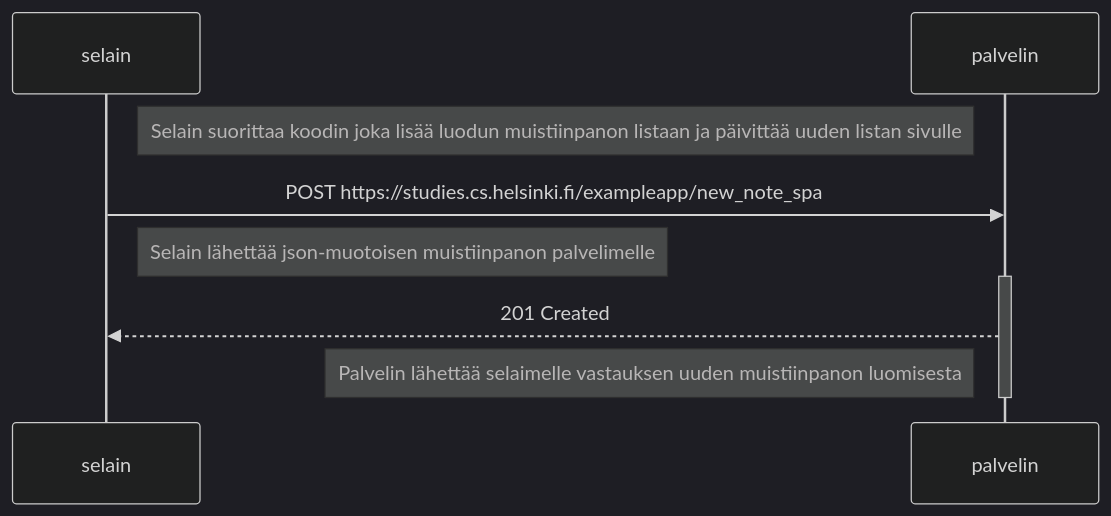
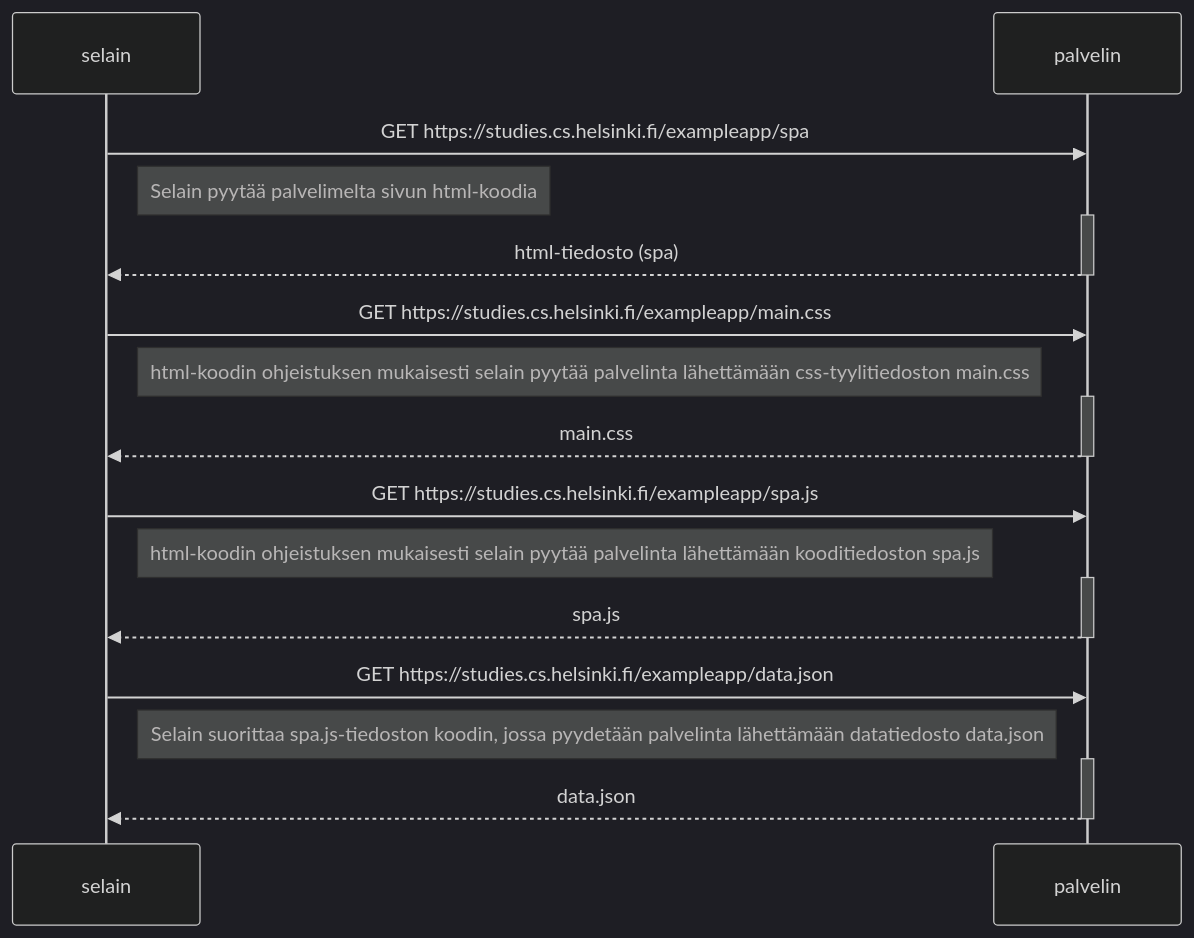
The diagram in Osa_0/0_5.md (MikkoLipsanen/FullStackOpen), drawn with Mermaid (dark theme) before and after one commit.

Commit message:
Update 0_5.md
Vastaus tehtävään 0.5

````diff
--- a/Osa_0/0_5.md
+++ b/Osa_0/0_5.md
@@ -1,17 +1,29 @@
 ```mermaid
 sequenceDiagram
     participant selain
     participant palvelin
-
-    Note right of selain: Selain suorittaa koodin joka lisää luodun muistiinpanon listaan ja päivittää uuden listan sivulle
-
-    selain->>palvelin: POST https://studies.cs.helsinki.fi/exampleapp/new_note_spa
-    Note right of selain: Selain lähettää json-muotoisen muistiinpanon palvelimelle
+    
+    selain->>palvelin: GET https://studies.cs.helsinki.fi/exampleapp/spa
+    Note right of selain: Selain pyytää palvelimelta sivun html-koodia
     activate palvelin
-    palvelin-->>selain: 201 Created
-    Note left of palvelin: Palvelin lähettää selaimelle vastauksen uuden muistiinpanon luomisesta
+    palvelin-->>selain: html-tiedosto (spa)
+    deactivate palvelin
+    
+    selain->>palvelin: GET https://studies.cs.helsinki.fi/exampleapp/main.css
+    Note right of selain: html-koodin ohjeistuksen mukaisesti selain pyytää palvelinta lähettämään css-tyylitiedoston main.css
+    activate palvelin
+    palvelin-->>selain: main.css
+    deactivate palvelin
+    
+    selain->>palvelin: GET https://studies.cs.helsinki.fi/exampleapp/spa.js
+    Note right of selain: html-koodin ohjeistuksen mukaisesti selain pyytää palvelinta lähettämään kooditiedoston spa.js
+    activate palvelin
+    palvelin-->>selain: spa.js
     deactivate palvelin
 
-    
-
+    selain->>palvelin: GET https://studies.cs.helsinki.fi/exampleapp/data.json
+    Note right of selain: Selain suorittaa spa.js-tiedoston koodin, jossa pyydetään palvelinta lähettämään datatiedosto data.json
+    activate palvelin
+    palvelin-->>selain: data.json
+    deactivate palvelin
 ```
````
